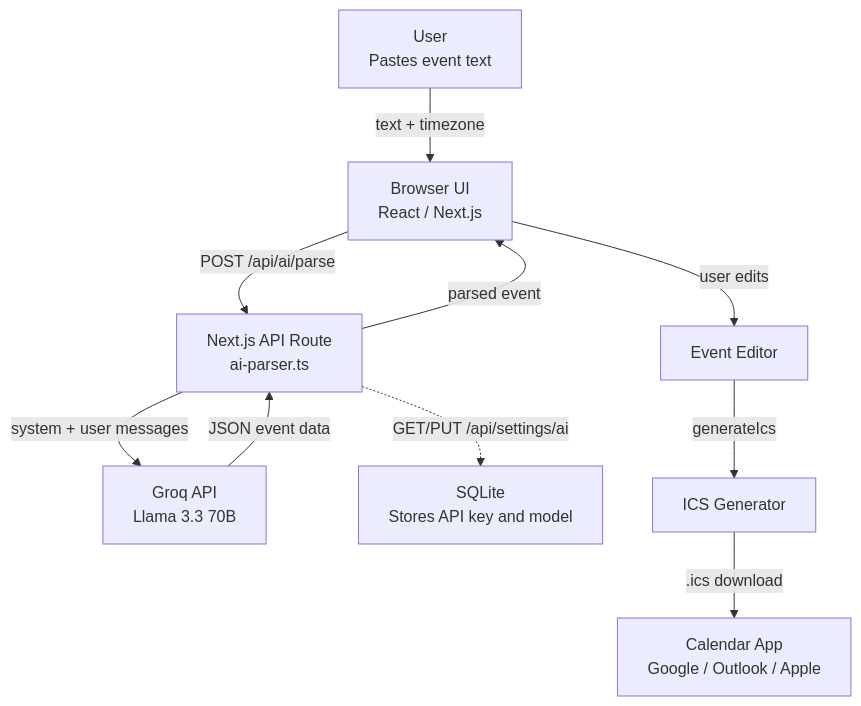
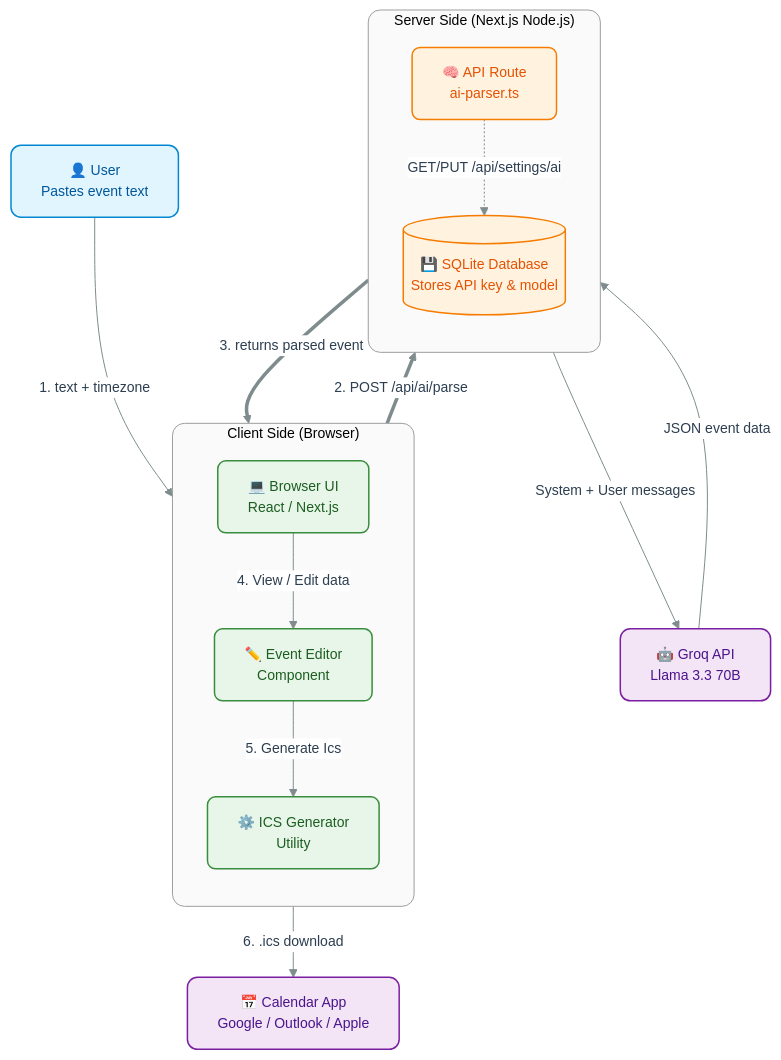
One commit to Rimas-Codes/event-to-ics changed the diagram in README.md. Above: the diagram before and after it, drawn with Mermaid. The commit also changed other lines of this file, not shown here.

Commit message:
Enhance README with architecture flowchart
Added a detailed flowchart to explain the app's architecture and functionality.

````diff
--- a/README.md
+++ b/README.md
@@ -7,12 +11,109 @@
 ```mermaid
+
+%%{init: {'theme': 'base', 'themeVariables': { 'primaryColor': '#ffffff', 'primaryTextColor': '#2c3e50', 'primaryBorderColor': '#bdc3c7', 'lineColor': '#7f8c8d', 'fontSize': '14px', 'fontFamily': 'Helvetica Neue, Inter, Arial, sans-serif'}}}%%
+
 flowchart TD
-    U["User<br/>Pastes event text"] -->|text + timezone| B["Browser UI<br/>React / Next.js"]
-    B -->|POST /api/ai/parse| A["Next.js API Route<br/>ai-parser.ts"]
-    A -->|system + user messages| G["Groq API<br/>Llama 3.3 70B"]
-    A -.->|GET/PUT /api/settings/ai| DB["SQLite<br/>Stores API key and model"]
+
+    %% Styling Definitions for modern look (soft pastels and rounded corners)
+
+    classDef user fill:#e1f5fe,stroke:#0288d1,stroke-width:1.5px,color:#01579b,rx:10,ry:10;
+
+    classDef frontend fill:#e8f5e9,stroke:#388e3c,stroke-width:1.5px,color:#1b5e20,rx:8,ry:8;
+
+    classDef backend fill:#fff3e0,stroke:#f57c00,stroke-width:1.5px,color:#e65100,rx:8,ry:8;
+
+    classDef external fill:#f3e5f5,stroke:#7b1fa2,stroke-width:1.5px,color:#4a148c,rx:10,ry:10;
+
+    
+
+    %% Boundary Nodes Styling (for grouping and clarity)
+
+    classDef boundary stroke:#9e9e9e,stroke-width:1px,fill:#fafafa,rx:12,ry:12;
+
+
+
+    %% Nodes Outside Boundaries
+
+    U["👤 User<br/>Pastes event text"]:::user
+
+    C["📅 Calendar App<br/>Google / Outlook / Apple"]:::external
+
+
+
+    %% Client Side Group with Boundary
+
+    subgraph Client ["Client Side (Browser)"]
+
+        direction TB
+
+        B["💻 Browser UI<br/>React / Next.js"]:::frontend
+
+        E["✏️ Event Editor<br/>Component"]:::frontend
+
+        I["⚙️ ICS Generator<br/>Utility"]:::frontend
+
+    end
+
+    %% Apply boundary style to the subgraph itself
+
+    class Client boundary;
+
+
+
+    %% Server Side Group with Boundary
+
+    subgraph Server ["Server Side (Next.js Node.js)"]
+
+        direction TB
+
+        A["🧠 API Route<br/>ai-parser.ts"]:::backend
+
+        DB[("💾 SQLite Database<br/>Stores API key & model")]:::backend
+
+    end
+
+    %% Apply boundary style to the subgraph itself
+
+    class Server boundary;
+
+
+
+    %% External Services
+
+    G["🤖 Groq API<br/>Llama 3.3 70B"]:::external
+
+
+
+    %% Data Flow / Relationships (Interaction Links)
+
+    U -->|1. text + timezone| B
+
+    
+
+    %% Split interactions for better arrow style application
+
+    B ==>|2. POST /api/ai/parse| A
+
+    A ==>|3. returns parsed event| B
+
+    
+
+    %% Internal Client Flow (Solid)
+
+    B -->|4. View / Edit data| E
+
+    E -->|5. Generate Ics| I
+
+    I -->|6. .ics download| C
+
+
+
+    %% Internal Server Flow (Thinner and dashed where appropriate)
+
+    A -->|System + User messages| G
+
     G -->|JSON event data| A
-    A -->|parsed event| B
-    B -->|user edits| E["Event Editor"]
-    E -->|generateIcs| I["ICS Generator"]
-    I -->|.ics download| C["Calendar App<br/>Google / Outlook / Apple"]
+
+    A -.->|GET/PUT /api/settings/ai| DB
+
 ```
````
